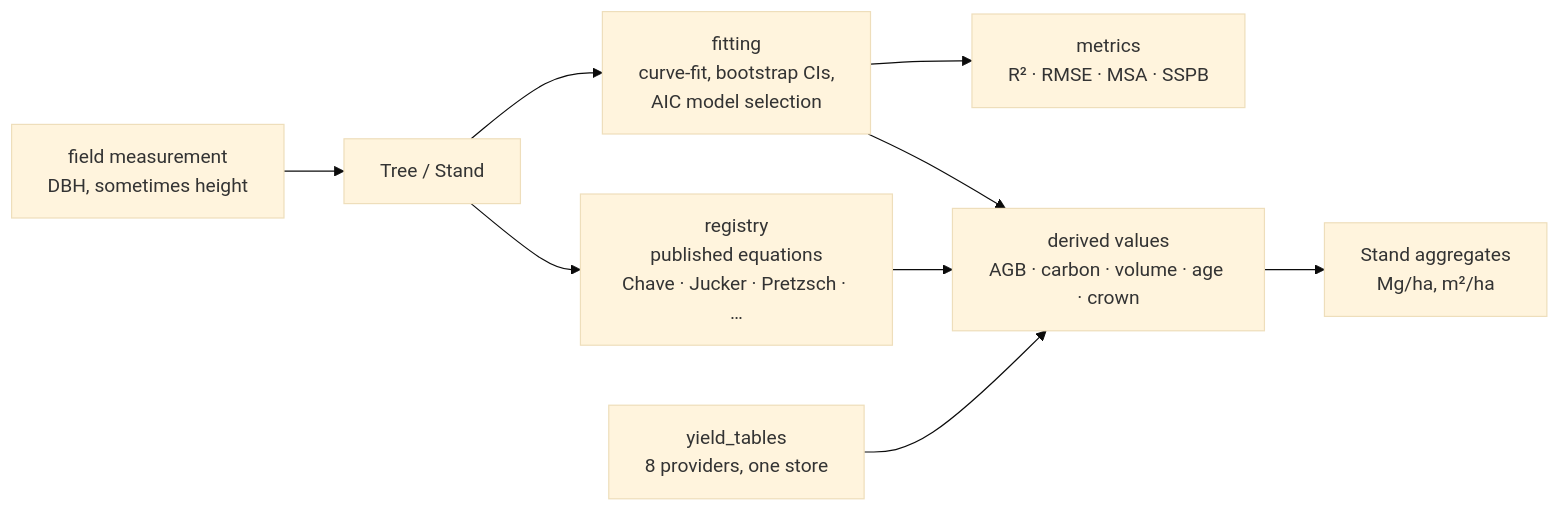
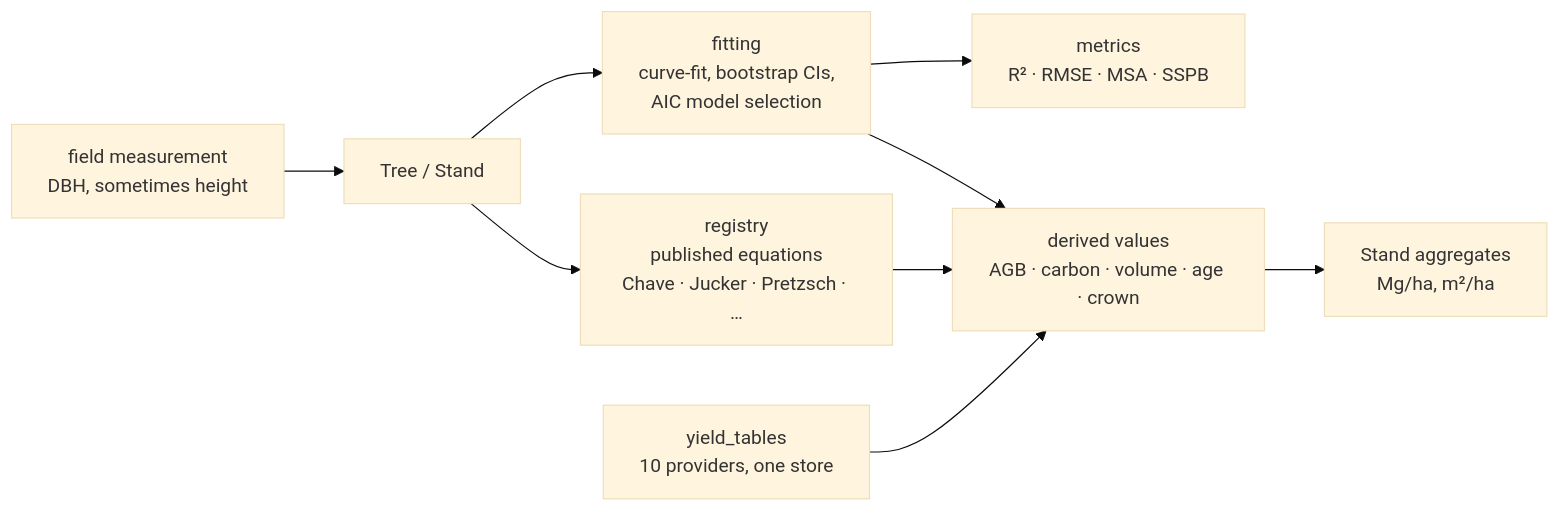
One commit to XRFutureForests/pylometree changed the diagram in README.md. Above: the diagram before and after it, drawn with Mermaid (base theme). The commit also changed other lines of this file and 2 other files, not shown here.

````diff
--- a/README.md
+++ b/README.md
@@ -15,11 +15,11 @@
 ```mermaid
 flowchart LR
     FIELD["field measurement<br/>DBH, sometimes height"] --> T["Tree / Stand"]
     T --> FIT["fitting<br/>curve-fit, bootstrap CIs,<br/>AIC model selection"]
     T --> REG["registry<br/>published equations<br/>Chave · Jucker · Pretzsch · …"]
     FIT --> MET["metrics<br/>R² · RMSE · MSA · SSPB"]
     REG --> DER["derived values<br/>AGB · carbon · volume · age · crown"]
     FIT --> DER
-    YT["yield_tables<br/>8 providers, one store"] --> DER
+    YT["yield_tables<br/>10 providers, one store"] --> DER
     DER --> STAND["Stand aggregates<br/>Mg/ha, m²/ha"]
 ```
````
